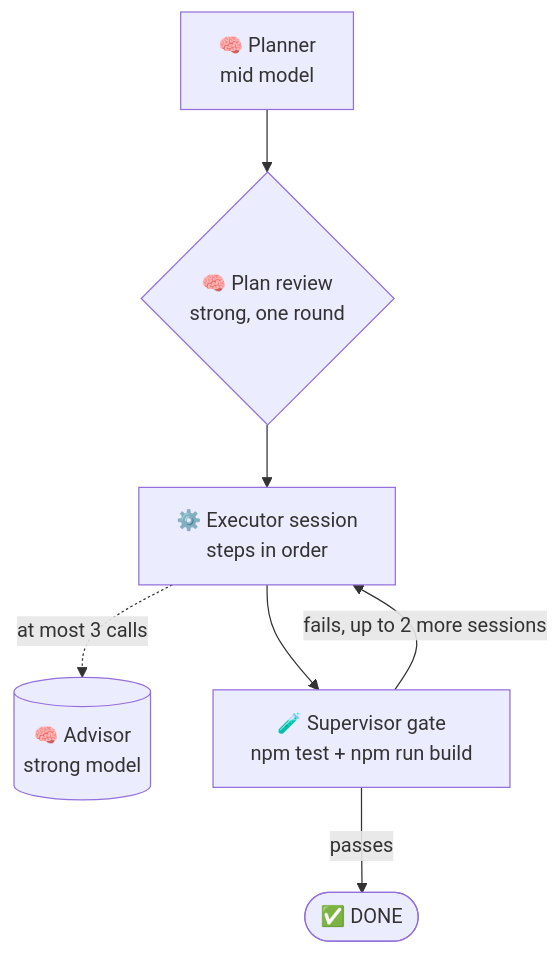
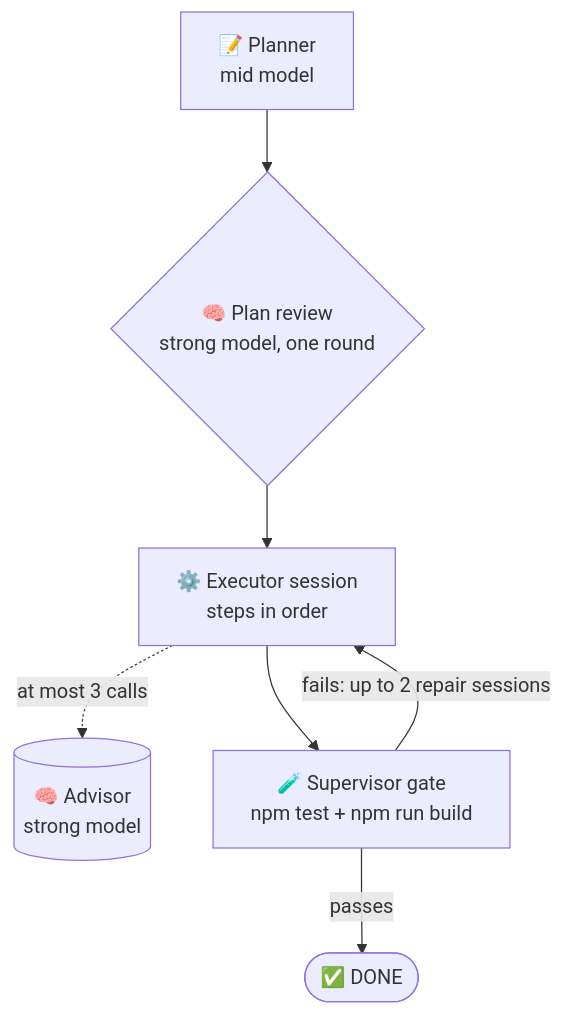
Before and after one commit to Dougladmo/graph-eng: the diagram in README.md, drawn with Mermaid. The commit also changed other lines of this file and 488 other files, not shown here.

First line of the commit message:
feat!: advisor como fluxo único do graph-eng (1.3.0)

````diff
--- a/README.md
+++ b/README.md
@@ -185,9 +93,9 @@
 ```mermaid
 flowchart TD
-  P[🧠 Planner<br/>mid model] --> R{🧠 Plan review<br/>strong, one round}
+  P[📝 Planner<br/>mid model] --> R{🧠 Plan review<br/>strong model, one round}
   R --> E[⚙️ Executor session<br/>steps in order]
   E -. at most 3 calls .-> A[(🧠 Advisor<br/>strong model)]
   E --> G[🧪 Supervisor gate<br/>npm test + npm run build]
-  G -- fails, up to 2 more sessions --> E
+  G -- fails: up to 2 repair sessions --> E
   G -- passes --> D([✅ DONE])
 ```
````
